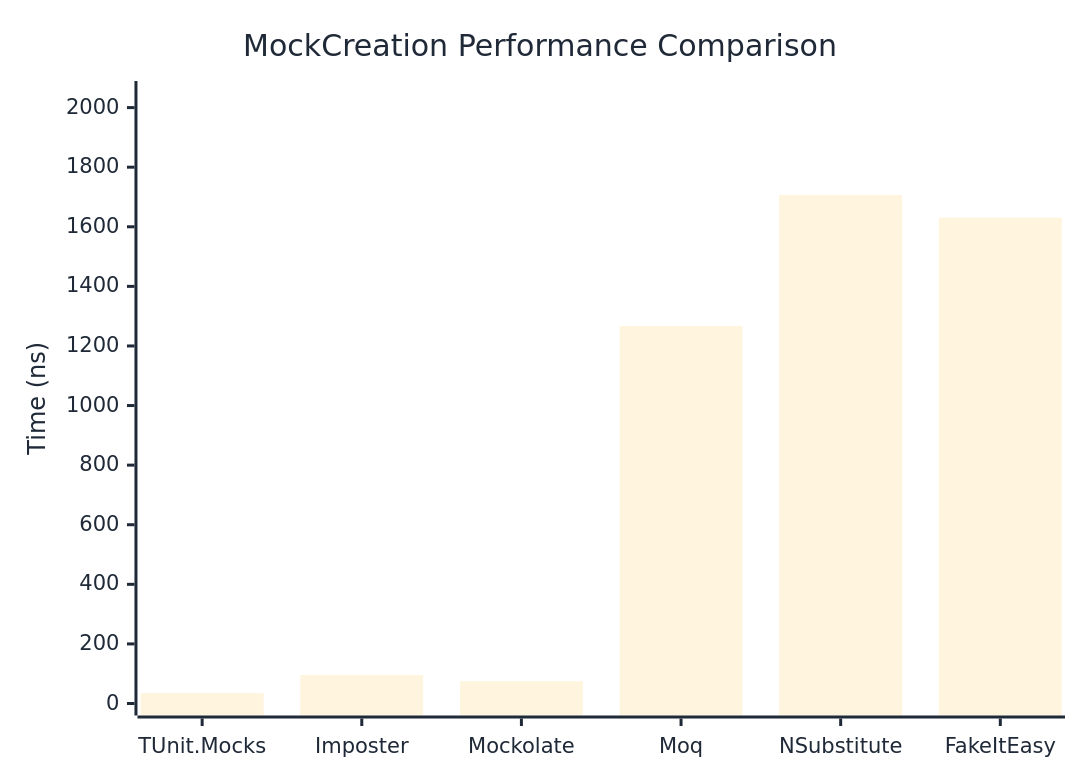
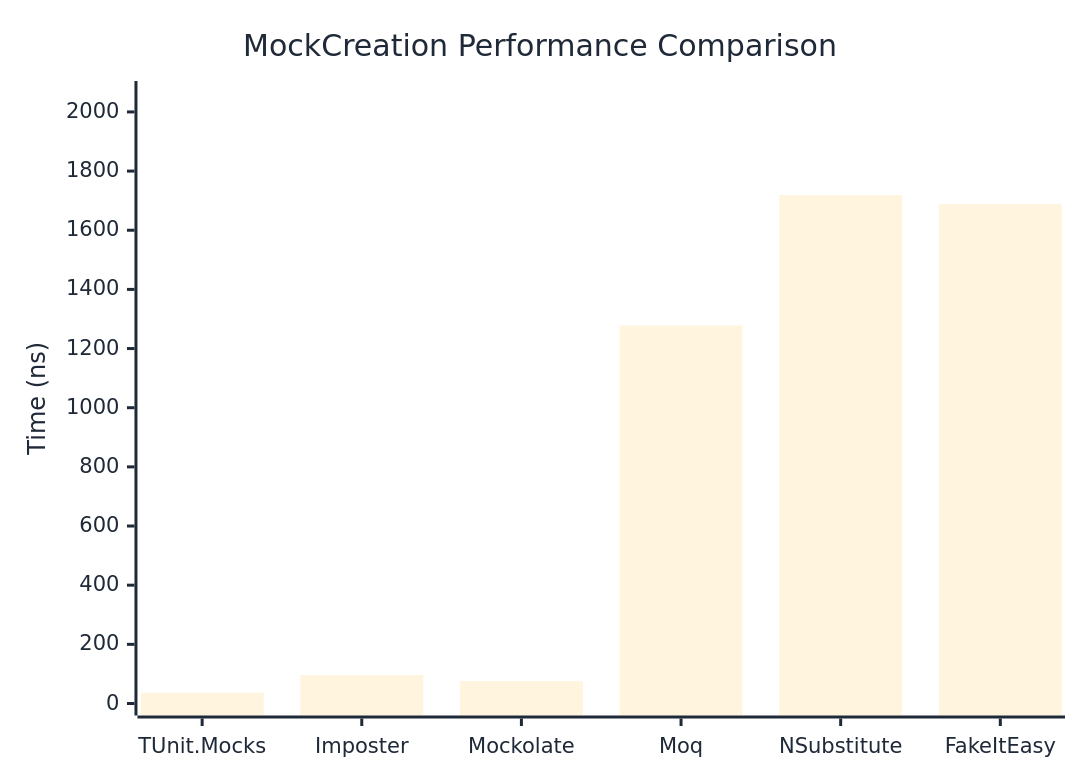
The first of 2 diagrams in docs/docs/benchmarks/mocks/MockCreation.md (thomhurst/TUnit), drawn with Mermaid before and after one commit. The commit also changed other lines of this file and 14 other files, not shown here.

````diff
--- a/docs/docs/benchmarks/mocks/MockCreation.md
+++ b/docs/docs/benchmarks/mocks/MockCreation.md
@@ -28,27 +28,27 @@
 ```mermaid
 %%{init: {
   'theme':'base',
   'themeVariables': {
     'primaryColor': '#2563eb',
     'primaryTextColor': '#1f2937',
     'primaryBorderColor': '#1e40af',
     'lineColor': '#6b7280',
     'secondaryColor': '#7c3aed',
     'tertiaryColor': '#dc2626',
     'background': '#ffffff',
     'pie1': '#2563eb',
     'pie2': '#7c3aed',
     'pie3': '#dc2626',
     'pie4': '#f59e0b',
     'pie5': '#10b981',
     'pie6': '#06b6d4',
     'pie7': '#ec4899',
     'pie8': '#6366f1'
   }
 }}%%
 xychart-beta
   title "MockCreation Performance Comparison"
   x-axis ["TUnit.Mocks", "Imposter", "Mockolate", "Moq", "NSubstitute", "FakeItEasy"]
-  y-axis "Time (ns)" 0 --> 2049
-  bar [35.13, 95.65, 74.79, 1267.21, 1706.76, 1630.76]
+  y-axis "Time (ns)" 0 --> 2064
+  bar [36.46, 96.31, 75.73, 1277.8, 1719.2, 1688.31]
 ```
````
